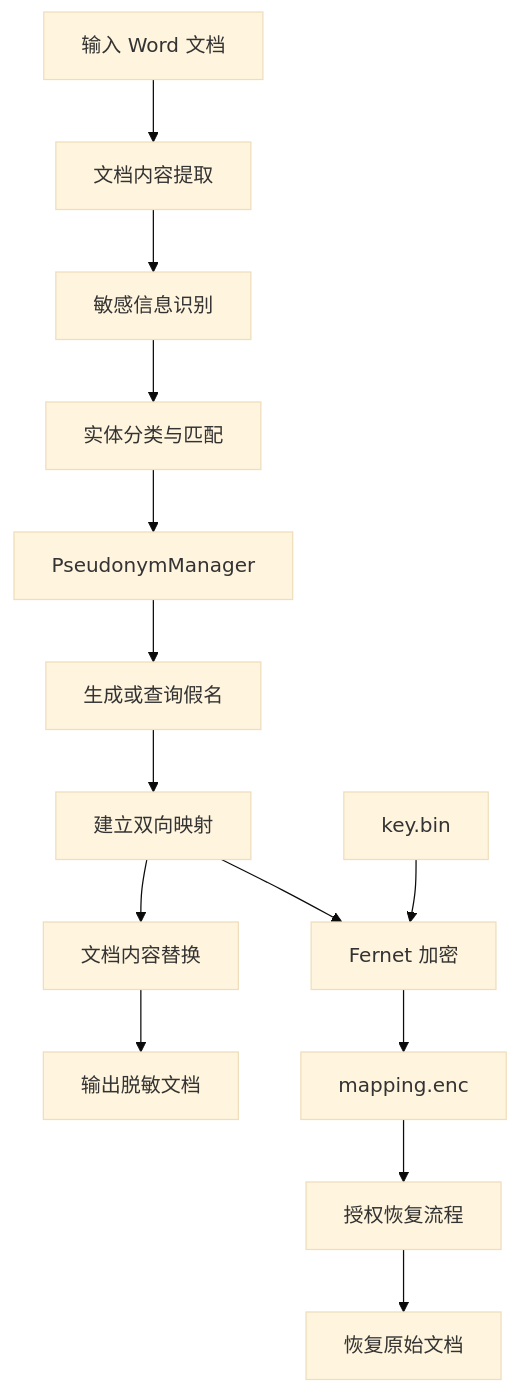
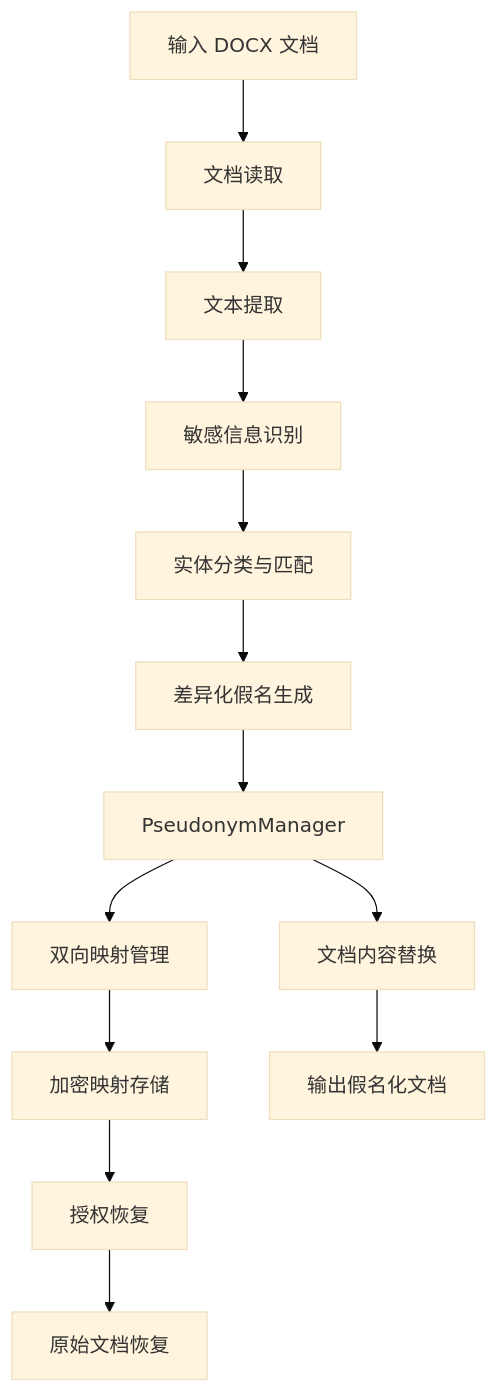
Before and after one commit to Marcel-HZ/Project-Dynamic-Data-Masking: the second of 3 diagrams in README.md, drawn with Mermaid (base theme). The commit also changed other lines of this file, not shown here.

````diff
--- a/README.md
+++ b/README.md
@@ -151,16 +336,15 @@
 ```mermaid
 flowchart TD
-    A[输入 Word 文档] --> B[文档内容提取]
-    B --> C[敏感信息识别]
-    C --> D[实体分类与匹配]
-    D --> E[PseudonymManager]
-    E --> F[生成或查询假名]
-    F --> G[建立双向映射]
-    G --> H[文档内容替换]
-    H --> I[输出脱敏文档]
-    G --> J[Fernet 加密]
-    J --> K[mapping.enc]
-    L[key.bin] --> J
-    K --> M[授权恢复流程]
-    M --> N[恢复原始文档]
+    A["输入 DOCX 文档"] --> B["文档读取"]
+    B --> C["文本提取"]
+    C --> D["敏感信息识别"]
+    D --> E["实体分类与匹配"]
+    E --> F["差异化假名生成"]
+    F --> G["PseudonymManager"]
+    G --> H["双向映射管理"]
+    H --> I["加密映射存储"]
+    G --> J["文档内容替换"]
+    J --> K["输出假名化文档"]
+    I --> L["授权恢复"]
+    L --> M["原始文档恢复"]
 ```
````
